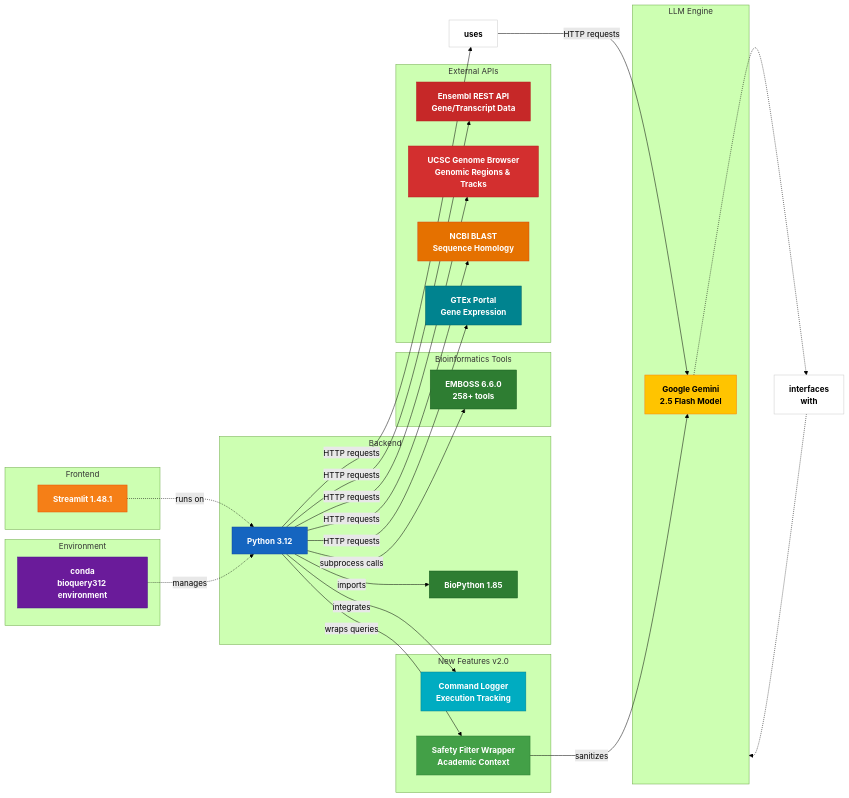
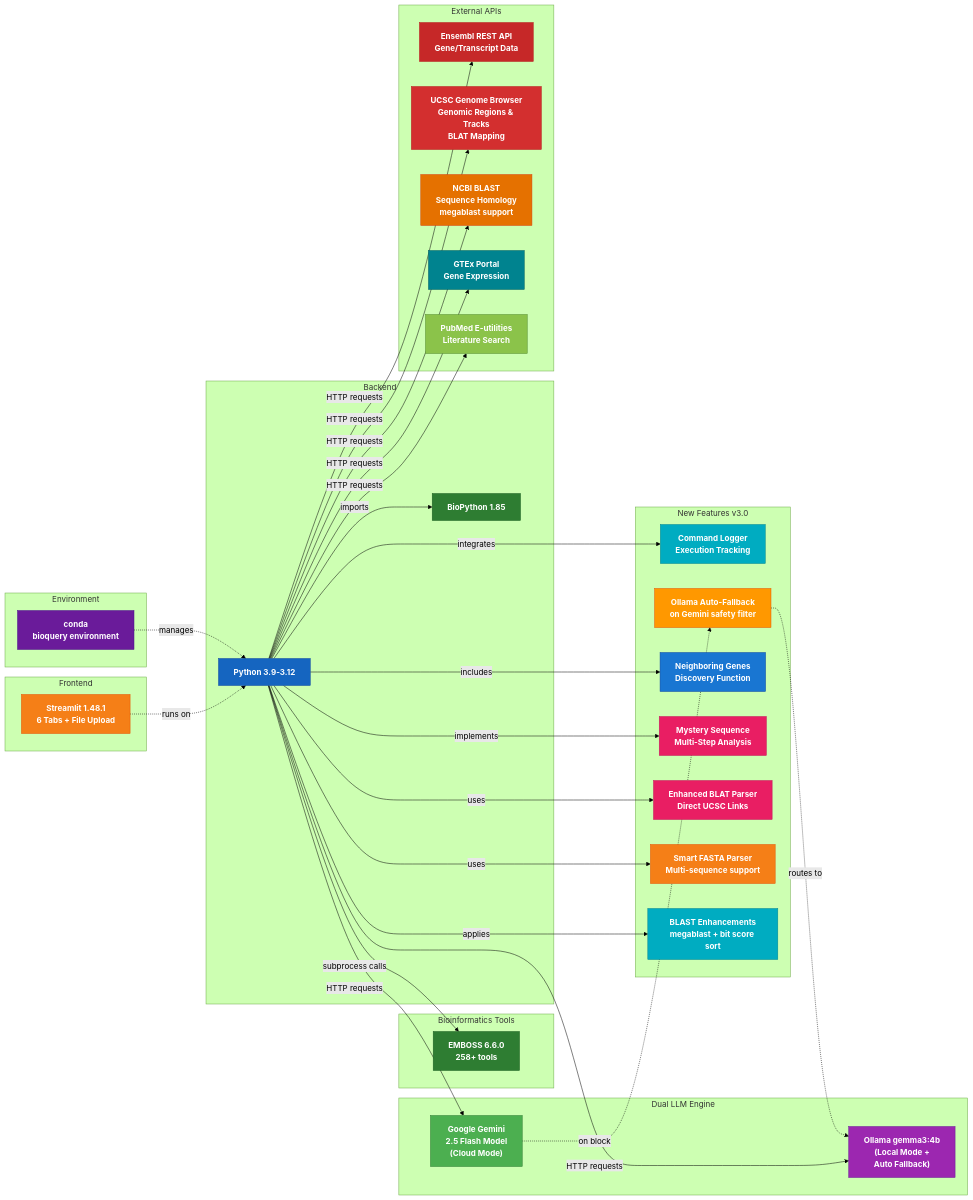
One commit to caagendaz/BME110-final changed diagram 14 of 14 in ARCHITECTURE.md. Above: the diagram before and after it, drawn with Mermaid (forest theme). The commit also changed other lines of this file and 3 other files, not shown here.

First line of the commit message:
Remove hardcoded mystery analyzer, enhance BLAT parser, improve FASTA handling, update architecture docs

````diff
--- a/ARCHITECTURE.md
+++ b/ARCHITECTURE.md
@@ -383,68 +617,82 @@
 ```mermaid
 graph LR
     subgraph Frontend["Frontend"]
-        Streamlit["Streamlit 1.48.1"]
+        Streamlit["Streamlit 1.48.1<br/>6 Tabs + File Upload"]
     end
     
     subgraph Backend["Backend"]
-        Python["Python 3.12"]
+        Python["Python 3.9-3.12"]
         Bio["BioPython 1.85"]
     end
     
     subgraph Tools["Bioinformatics Tools"]
         EMBOSS["EMBOSS 6.6.0<br/>258+ tools"]
     end
     
-    subgraph LLM["LLM Engine"]
-        Gemini["Google Gemini<br/>2.5 Flash Model"]
+    subgraph LLM["Dual LLM Engine"]
+        Gemini["Google Gemini<br/>2.5 Flash Model<br/>(Cloud Mode)"]
+        Ollama["Ollama gemma3:4b<br/>(Local Mode +<br/>Auto Fallback)"]
     end
     
     subgraph APIs["External APIs"]
         Ensembl["Ensembl REST API<br/>Gene/Transcript Data"]
-        UCSC["UCSC Genome Browser<br/>Genomic Regions & Tracks"]
-        NCBI["NCBI BLAST<br/>Sequence Homology"]
+        UCSC["UCSC Genome Browser<br/>Genomic Regions & Tracks<br/>BLAT Mapping"]
+        NCBI["NCBI BLAST<br/>Sequence Homology<br/>megablast support"]
         GTEx["GTEx Portal<br/>Gene Expression"]
+        PubMed["PubMed E-utilities<br/>Literature Search"]
     end
     
     subgraph Env["Environment"]
-        Conda["conda<br/>bioquery312 environment"]
+        Conda["conda<br/>bioquery environment"]
     end
     
-    subgraph NewFeatures["New Features v2.0"]
+    subgraph NewFeatures["New Features v3.0"]
         Logger["Command Logger<br/>Execution Tracking"]
-        SafetyWrapper["Safety Filter Wrapper<br/>Academic Context"]
+        SafetyFallback["Ollama Auto-Fallback<br/>on Gemini safety filter"]
+        NeighborFunc["Neighboring Genes<br/>Discovery Function"]
+        MysteryWorkflow["Mystery Sequence<br/>Multi-Step Analysis"]
+        BLATEnhanced["Enhanced BLAT Parser<br/>Direct UCSC Links"]
+        FASTAParser["Smart FASTA Parser<br/>Multi-sequence support"]
+        BlastFixes["BLAST Enhancements<br/>megablast + bit score sort"]
     end
     
     Streamlit -.->|runs on| Python
     Python -->|imports| Bio
     Python -->|subprocess calls| EMBOSS
-    Uses["uses"]
-    Python -->|HTTP requests| Uses
-    Uses -->|HTTP requests| Gemini
+    Python -->|HTTP requests| Gemini
+    Python -->|HTTP requests| Ollama
+    Gemini -.->|on block| SafetyFallback
+    SafetyFallback -.->|routes to| Ollama
     Python -->|HTTP requests| Ensembl
     Python -->|HTTP requests| UCSC
     Python -->|HTTP requests| NCBI
     Python -->|HTTP requests| GTEx
-    LLMLabel["interfaces<br/>with"]
-    Gemini -.-> LLMLabel
-    LLMLabel -.-> LLM
+    Python -->|HTTP requests| PubMed
     Conda -.->|manages| Python
     Python -->|integrates| Logger
-    Python -->|wraps queries| SafetyWrapper
-    SafetyWrapper -->|sanitizes| Gemini
+    Python -->|includes| NeighborFunc
+    Python -->|implements| MysteryWorkflow
+    Python -->|uses| BLATEnhanced
+    Python -->|uses| FASTAParser
+    Python -->|applies| BlastFixes
     
     style Streamlit fill:#f57f17,stroke:#e65100,color:#ffffff,font-weight:bold
     style Python fill:#1565c0,stroke:#0d47a1,color:#ffffff,font-weight:bold
     style Bio fill:#2e7d32,stroke:#1b5e20,color:#ffffff,font-weight:bold
     style EMBOSS fill:#2e7d32,stroke:#1b5e20,color:#ffffff,font-weight:bold
-    style Gemini fill:#ffc400,stroke:#f57f17,color:#000000,font-weight:bold
+    style Gemini fill:#4caf50,stroke:#2e7d32,color:#ffffff,font-weight:bold
+    style Ollama fill:#9c27b0,stroke:#6a1b9a,color:#ffffff,font-weight:bold
     style Ensembl fill:#c62828,stroke:#b71c1c,color:#ffffff,font-weight:bold
     style UCSC fill:#d32f2f,stroke:#b71c1c,color:#ffffff,font-weight:bold
     style NCBI fill:#e57100,stroke:#d84315,color:#ffffff,font-weight:bold
     style GTEx fill:#00838f,stroke:#006064,color:#ffffff,font-weight:bold
+    style PubMed fill:#8bc34a,stroke:#558b2f,color:#ffffff,font-weight:bold
     style Conda fill:#6a1b9a,stroke:#4a148c,color:#ffffff,font-weight:bold
     style Logger fill:#00acc1,stroke:#00838f,color:#ffffff,font-weight:bold
-    style SafetyWrapper fill:#43a047,stroke:#2e7d32,color:#ffffff,font-weight:bold
-    style Uses fill:#ffffff,stroke:#cccccc,color:#000000,font-weight:bold
-    style LLMLabel fill:#ffffff,stroke:#cccccc,color:#000000,font-weight:bold
+    style SafetyFallback fill:#ff9800,stroke:#e65100,color:#ffffff,font-weight:bold
+    style NeighborFunc fill:#1976d2,stroke:#0d47a1,color:#ffffff,font-weight:bold
+    style MysteryWorkflow fill:#e91e63,stroke:#c2185b,color:#ffffff,font-weight:bold
+    style BLATEnhanced fill:#e91e63,stroke:#c2185b,color:#ffffff,font-weight:bold
+    style FASTAParser fill:#f57f17,stroke:#e65100,color:#ffffff,font-weight:bold
+    style BlastFixes fill:#00acc1,stroke:#00838f,color:#ffffff,font-weight:bold
 ```
````
